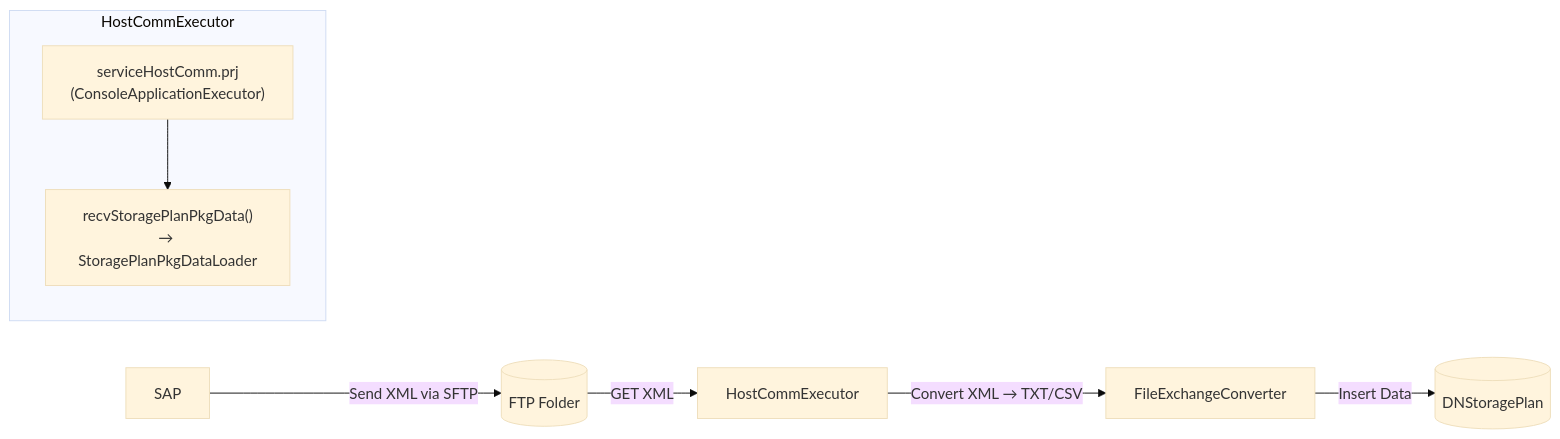
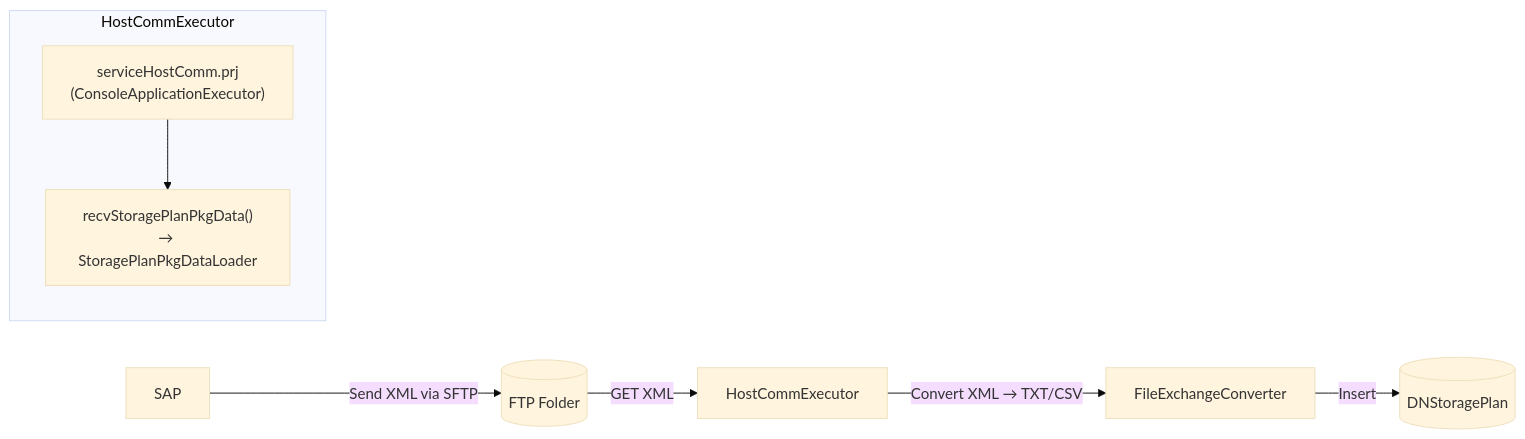
One commit to luthfiadityaa/SimeDarby-Wiki changed the diagram in Basic-Design/Host-Interfaces/Planned-Storage.md. Above: the diagram before and after it, drawn with Mermaid (base theme).

Commit message:
Updated content and renamed page 'Planned Storage' to 'Planned Storage PKG'

```diff
--- a/Basic-Design/Host-Interfaces/Planned-Storage.md
+++ b/Basic-Design/Host-Interfaces/Planned-Storage.md
@@ -11,13 +11,13 @@
 ::: mermaid
 flowchart LR
     A[SAP] -->|Send XML via SFTP| B[(FTP Folder)]
     B -->|GET XML| C[HostCommExecutor]
     C -->|Convert XML → TXT/CSV| D[FileExchangeConverter]
-    D -->|Insert Data| E[(DNStoragePlan)]
+    D -->|Insert| E[(DNStoragePlan)]
 
     subgraph HostCommExecutor
         C1["serviceHostComm.prj<br>(ConsoleApplicationExecutor)"]
         C2["recvStoragePlanPkgData()<br>→ StoragePlanPkgDataLoader"]
         C1 --> C2
     end
 :::
```
